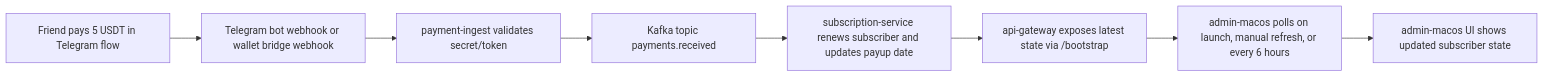
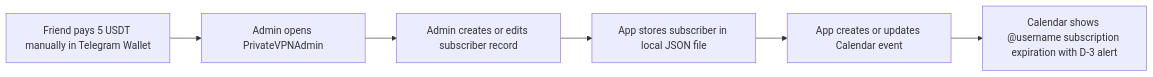
One commit to Nehoko/private-vpn-project changed the diagram in README.md. Above: the diagram before and after it, drawn with Mermaid. The commit also changed other lines of this file and 37 other files, not shown here.

Commit message:
feat(app): move vpn admin to local manual flow

````diff
--- a/README.md
+++ b/README.md
@@ -140,10 +101,8 @@
 ```mermaid
 flowchart LR
-    A["Friend pays 5 USDT in Telegram flow"] --> B["Telegram bot webhook or wallet bridge webhook"]
-    B --> C["payment-ingest validates secret/token"]
-    C --> D["Kafka topic payments.received"]
-    D --> E["subscription-service renews subscriber and updates payup date"]
-    E --> F["api-gateway exposes latest state via /bootstrap"]
-    F --> G["admin-macos polls on launch, manual refresh, or every 6 hours"]
-    G --> H["admin-macos UI shows updated subscriber state"]
+    A["Friend pays 5 USDT manually in Telegram Wallet"] --> B["Admin opens PrivateVPNAdmin"]
+    B --> C["Admin creates or edits subscriber record"]
+    C --> D["App stores subscriber in local JSON file"]
+    D --> E["App creates or updates Calendar event"]
+    E --> F["Calendar shows @username subscription expiration with D-3 alert"]
 ```
````
